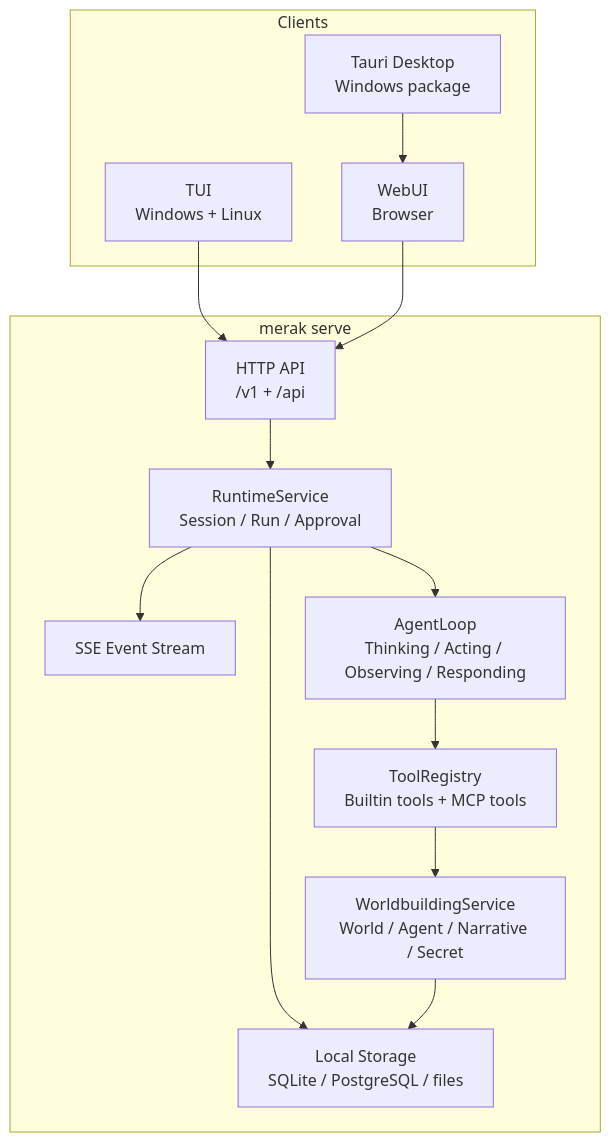
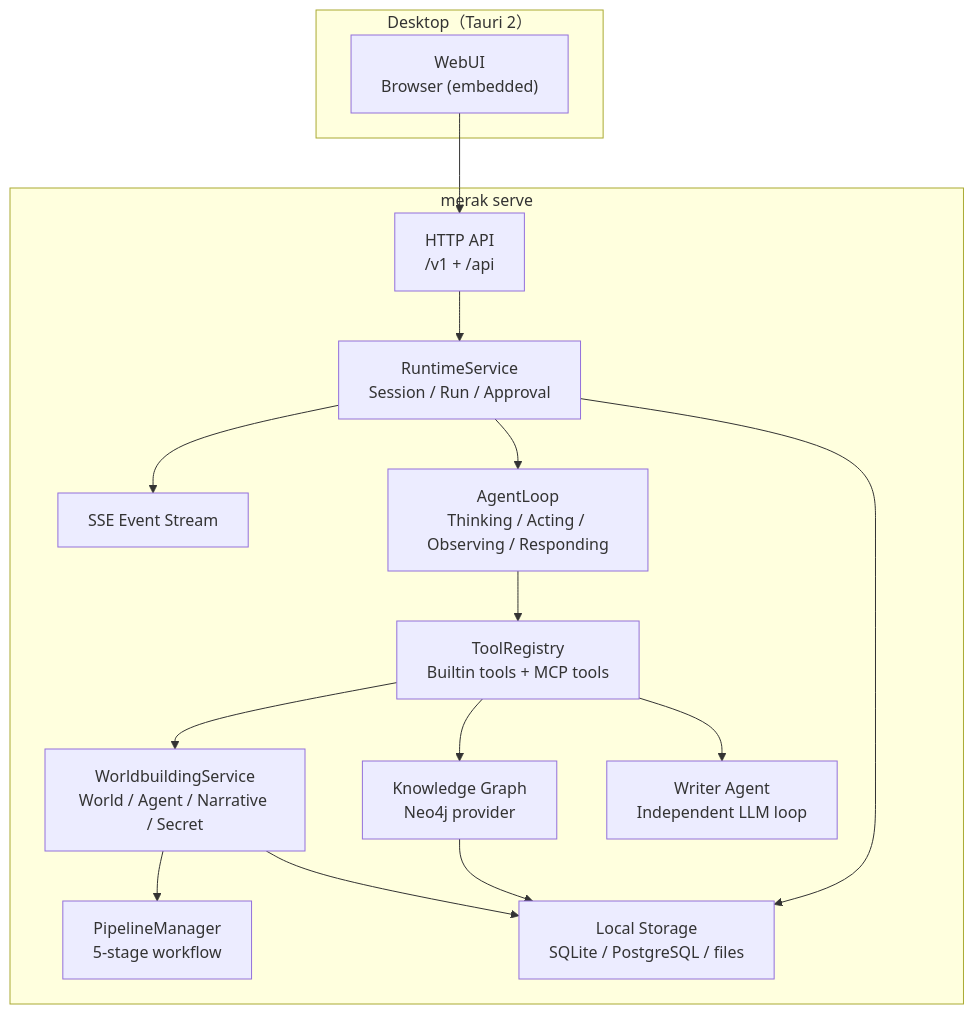
The diagram in README.md (ULookup/Merak), drawn with Mermaid before and after one commit. The commit also changed other lines of this file and 1 other file, not shown here.

First line of the commit message:
docs: rewrite architecture-overview and README for Meta Beta

````diff
--- a/README.md
+++ b/README.md
@@ -77,29 +74,32 @@
 ```mermaid
 flowchart TB
-  subgraph Clients["Clients"]
-    TUI["TUI<br/>Windows + Linux"]
-    WebUI["WebUI<br/>Browser"]
-    Desktop["Tauri Desktop<br/>Windows package"]
+  subgraph Clients["Desktop（Tauri 2）"]
+    WebUI["WebUI<br/>Browser (embedded)"]
   end
 
   subgraph Server["merak serve"]
     HTTP["HTTP API<br/>/v1 + /api"]
     SSE["SSE Event Stream"]
     Runtime["RuntimeService<br/>Session / Run / Approval"]
     Loop["AgentLoop<br/>Thinking / Acting / Observing / Responding"]
     Tools["ToolRegistry<br/>Builtin tools + MCP tools"]
     World["WorldbuildingService<br/>World / Agent / Narrative / Secret"]
+    KG["Knowledge Graph<br/>Neo4j provider"]
+    Writer["Writer Agent<br/>Independent LLM loop"]
+    Pipeline["PipelineManager<br/>5-stage workflow"]
     Storage["Local Storage<br/>SQLite / PostgreSQL / files"]
   end
 
-  TUI --> HTTP
   WebUI --> HTTP
-  Desktop --> WebUI
   HTTP --> Runtime
   Runtime --> SSE
   Runtime --> Loop
   Loop --> Tools
   Tools --> World
+  Tools --> KG
+  Tools --> Writer
+  World --> Pipeline
   Runtime --> Storage
   World --> Storage
+  KG --> Storage
 ```
````
